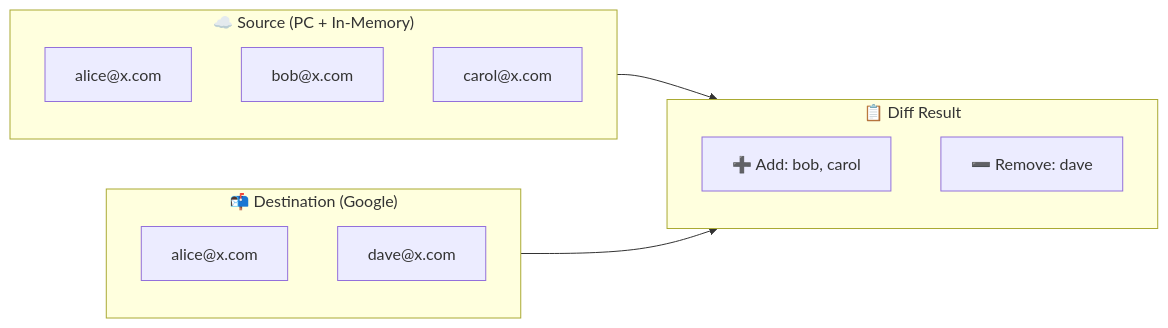
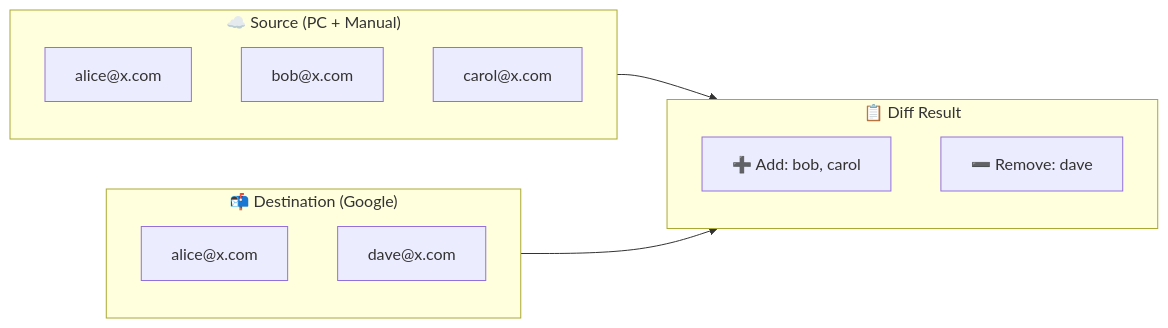
The diagram in src/Contact/README.md (nrutman/contacts-sync-web), drawn with Mermaid before and after one commit. The commit also changed other lines of this file and 22 other files, not shown here.

Commit message:
Rename in-memory user to manual user

````diff
--- a/src/Contact/README.md
+++ b/src/Contact/README.md
@@ -20,18 +20,18 @@
 ```mermaid
 graph LR
-    subgraph Source ["☁️ Source (PC + In-Memory)"]
+    subgraph Source ["☁️ Source (PC + Manual)"]
         A["alice@x.com"]
         B["bob@x.com"]
         C["carol@x.com"]
     end
     subgraph Destination ["📬 Destination (Google)"]
         A2["alice@x.com"]
         D["dave@x.com"]
     end
     subgraph Result ["📋 Diff Result"]
         ADD["➕ Add: bob, carol"]
         REM["➖ Remove: dave"]
     end
     Source --> Result
     Destination --> Result
 ```
````
